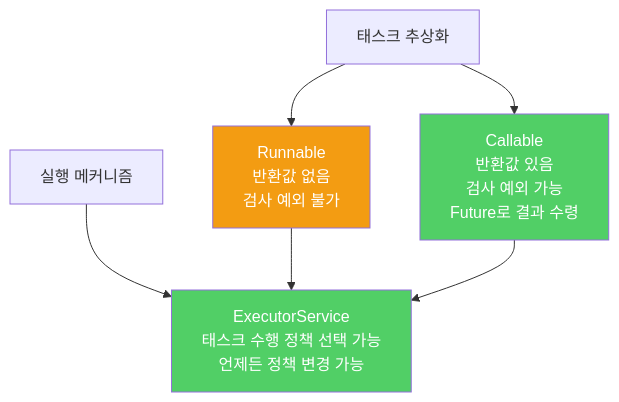
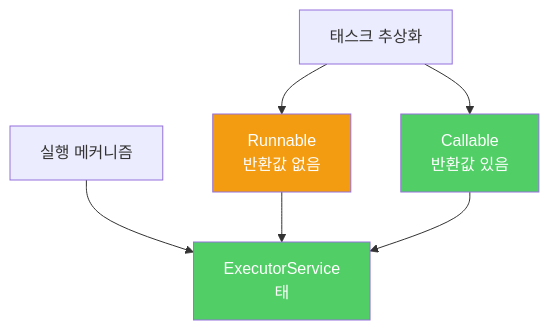
Before and after one commit to yjkim2015/yjkim2015.github.io: the diagram in _posts/java/2022-03-05-effective-java80.md, drawn with Mermaid. The commit also changed 271 other files, not shown here.

First line of the commit message:
Mermaid 라벨 축소: 긴 노드 텍스트 18자 이하로 트림 + \n 제거

````diff
--- a/_posts/java/2022-03-05-effective-java80.md
+++ b/_posts/java/2022-03-05-effective-java80.md
@@ -93,11 +93,11 @@
 ```mermaid
 graph TD
-    A["태스크 추상화"] --> B["Runnable\n반환값 없음\n검사 예외 불가"]
-    A --> C["Callable\n반환값 있음\n검사 예외 가능\nFuture로 결과 수령"]
-    D["실행 메커니즘"] --> E["ExecutorService\n태스크 수행 정책 선택 가능\n언제든 정책 변경 가능"]
+    A["태스크 추상화"] --> B["Runnable\n반환값 없음\n"]
+    A --> C["Callable\n반환값 있음\n"]
+    D["실행 메커니즘"] --> E["ExecutorService\n태"]
     B --> E
     C --> E
     style B fill:#f39c12,color:#fff
     style C fill:#51cf66,color:#fff
     style E fill:#51cf66,color:#fff
 ```
````
